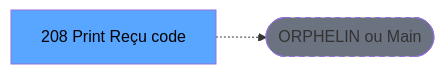
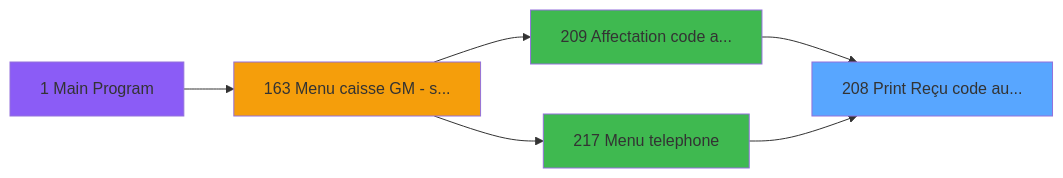
One commit to thonyAGP/magic-migration changed the second of 3 diagrams in .openspec/specs/ADH-IDE-208.md. Above: the diagram before and after it, drawn with Mermaid. The commit also changed other lines of this file and 253 other files, not shown here.

````diff
--- a/.openspec/specs/ADH-IDE-208.md
+++ b/.openspec/specs/ADH-IDE-208.md
@@ -118,8 +408,18 @@
 ```mermaid
 graph LR
-    T[208 Print Reçu code]
-    ORPHAN([ORPHELIN ou Main])
-    T -.-> ORPHAN
-    style T fill:#58a6ff,color:#000
-    style ORPHAN fill:#6b7280,stroke-dasharray: 5 5
+    T208[208 Print Reçu code au...]
+    style T208 fill:#58a6ff
+    CC1[1 Main Program]
+    style CC1 fill:#8b5cf6
+    CC163[163 Menu caisse GM - s...]
+    style CC163 fill:#f59e0b
+    CC209[209 Affectation code a...]
+    style CC209 fill:#3fb950
+    CC217[217 Menu telephone]
+    style CC217 fill:#3fb950
+    CC163 --> CC209
+    CC163 --> CC217
+    CC1 --> CC163
+    CC209 --> T208
+    CC217 --> T208
 ```
````
